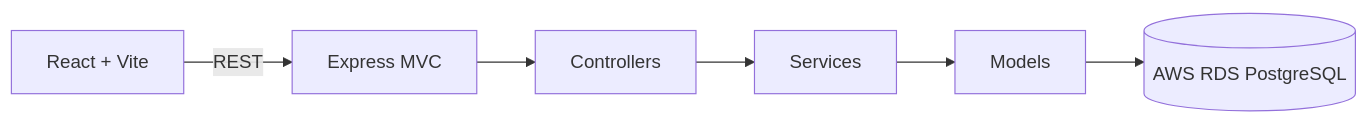
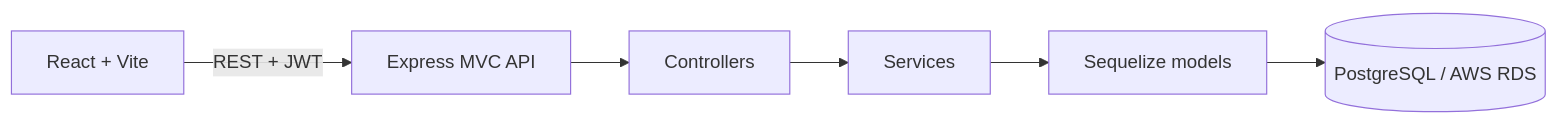
One commit to m3matin/hr-management changed the diagram in docs/architecture.md. Above: the diagram before and after it, drawn with Mermaid. The commit also changed other lines of this file and 36 other files, not shown here.

````diff
--- a/docs/architecture.md
+++ b/docs/architecture.md
@@ -3,6 +3,8 @@
 ```mermaid
 flowchart LR
-  React[React + Vite] -->|REST| Express[Express MVC]
-  Express --> Controllers --> Services --> Models
-  Models --> RDS[(AWS RDS PostgreSQL)]
+  UI[React + Vite] -->|REST + JWT| API[Express MVC API]
+  API --> Controllers
+  Controllers --> Services
+  Services --> Models[Sequelize models]
+  Models --> DB[(PostgreSQL / AWS RDS)]
 ```
````
